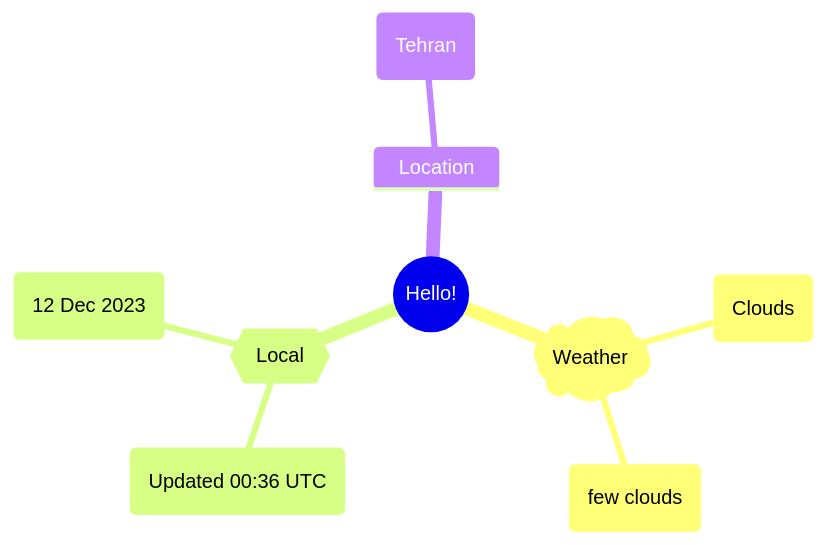
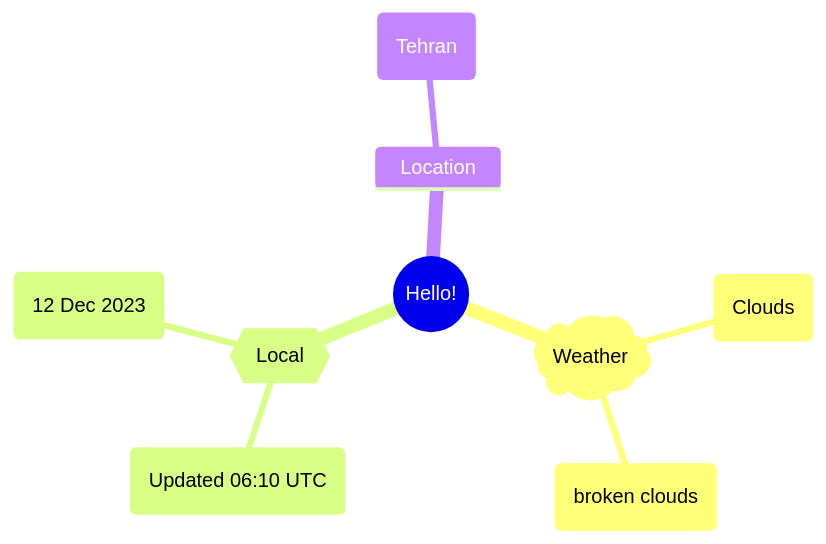
Before and after one commit to Xosrov/Xosrov: the first of 2 diagrams in README.md, drawn with Mermaid.

Commit message:
[bot] updated images

````diff
--- a/README.md
+++ b/README.md
@@ -3,12 +3,12 @@
 ```mermaid
 mindmap
   root((Hello!))
     )Weather(
         (Clouds)
-        (few clouds)
+        (broken clouds)
     {{Local}}
-        (Updated 00:36 UTC)
+        (Updated 06:10 UTC)
         (12 Dec 2023)
     Location
         (Tehran)
 ```
````
